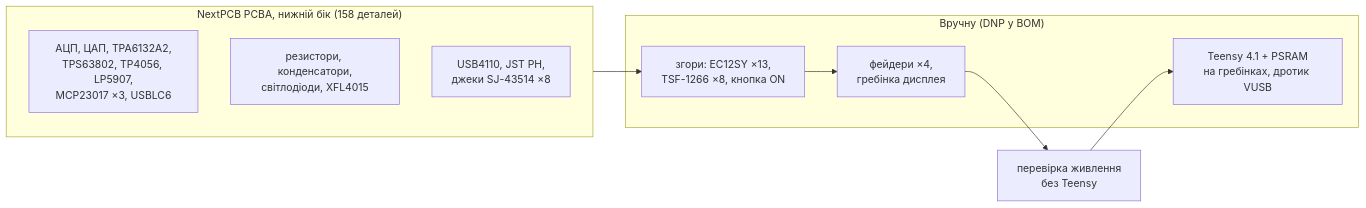
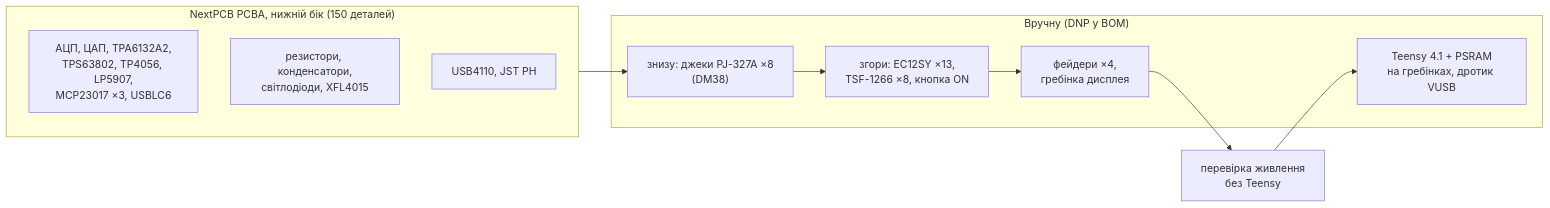
The diagram in digital-mixer/docs/05-fab.md (heartpolik/hardware-pocket-mixer), drawn with Mermaid before and after one commit. The commit also changed other lines of this file and 57 other files, not shown here.

````diff
--- a/digital-mixer/docs/05-fab.md
+++ b/digital-mixer/docs/05-fab.md
@@ -25,14 +25,15 @@
 ```mermaid
 flowchart LR
-    subgraph NP["NextPCB PCBA, нижній бік (158 деталей)"]
+    subgraph NP["NextPCB PCBA, нижній бік (150 деталей)"]
         IC["АЦП, ЦАП, TPA6132A2,<br/>TPS63802, TP4056, LP5907,<br/>MCP23017 ×3, USBLC6"]
         PAS["резистори, конденсатори,<br/>світлодіоди, XFL4015"]
-        CON["USB4110, JST PH,<br/>джеки SJ-43514 ×8"]
+        CON["USB4110, JST PH"]
     end
     subgraph HAND["Вручну (DNP у BOM)"]
+        JK["знизу: джеки PJ-327A ×8<br/>(DM38)"]
         TOP["згори: EC12SY ×13,<br/>TSF-1266 ×8, кнопка ON"]
         THT["фейдери ×4,<br/>гребінка дисплея"]
         T["Teensy 4.1 + PSRAM<br/>на гребінках, дротик VUSB"]
     end
-    NP --> TOP --> THT --> CHK["перевірка живлення<br/>без Teensy"] --> T
+    NP --> JK --> TOP --> THT --> CHK["перевірка живлення<br/>без Teensy"] --> T
 ```
````
